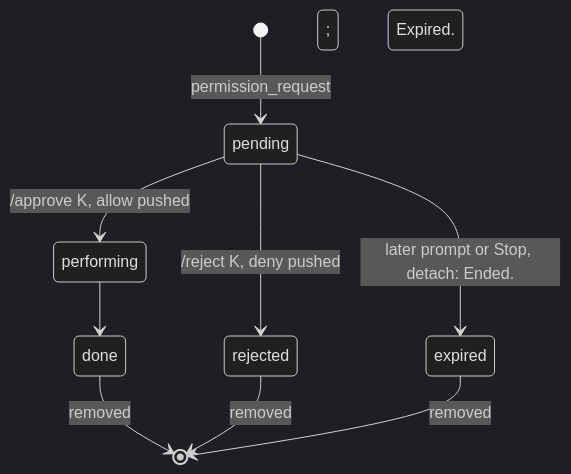
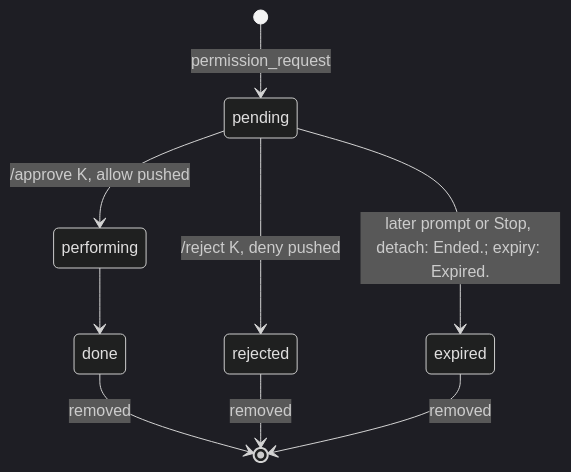
One commit to simplex-chat/simplex-chat changed diagram 22 of 26 in plans/2026-11-07-mcp-claude-code-channel.md. Above: the diagram before and after it, drawn with Mermaid (dark theme). The commit also changed other lines of this file, not shown here.

First line of the commit message:
plan: diagrams render whole on GitHub

````diff
--- a/plans/2026-11-07-mcp-claude-code-channel.md
+++ b/plans/2026-11-07-mcp-claude-code-channel.md
@@ -939,11 +939,11 @@
 ```mermaid
 stateDiagram-v2
   [*] --> pending: permission_request
   pending --> performing: /approve K, allow pushed
   performing --> done
   pending --> rejected: /reject K, deny pushed
-  pending --> expired: later prompt or Stop, detach: Ended.; expiry: Expired.
+  pending --> expired: later prompt or Stop, detach: Ended.#59; expiry: Expired.
   done --> [*]: removed
   rejected --> [*]: removed
   expired --> [*]: removed
 ```
````
